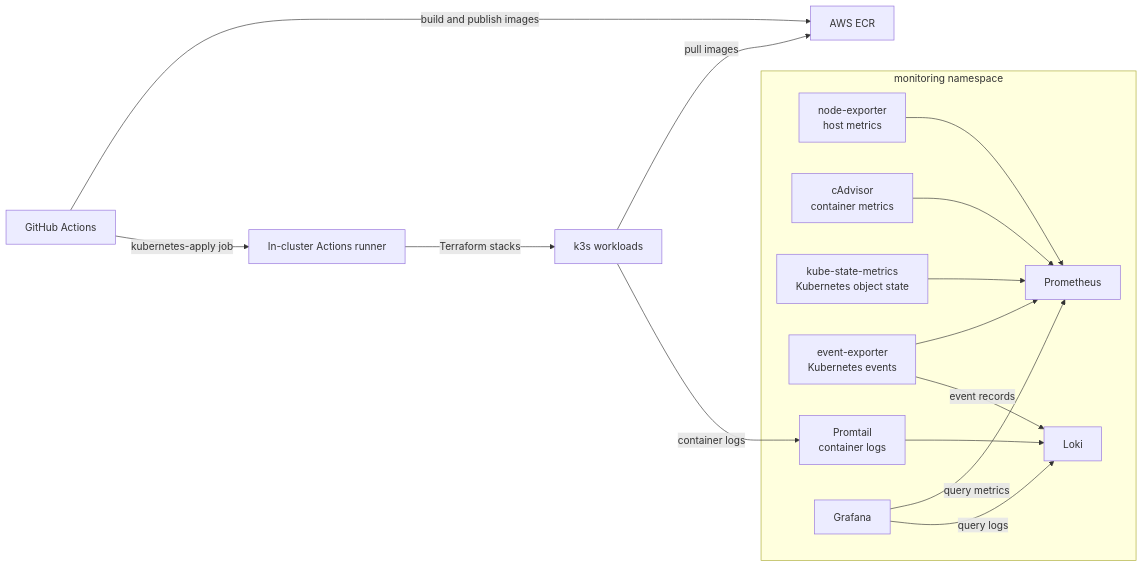
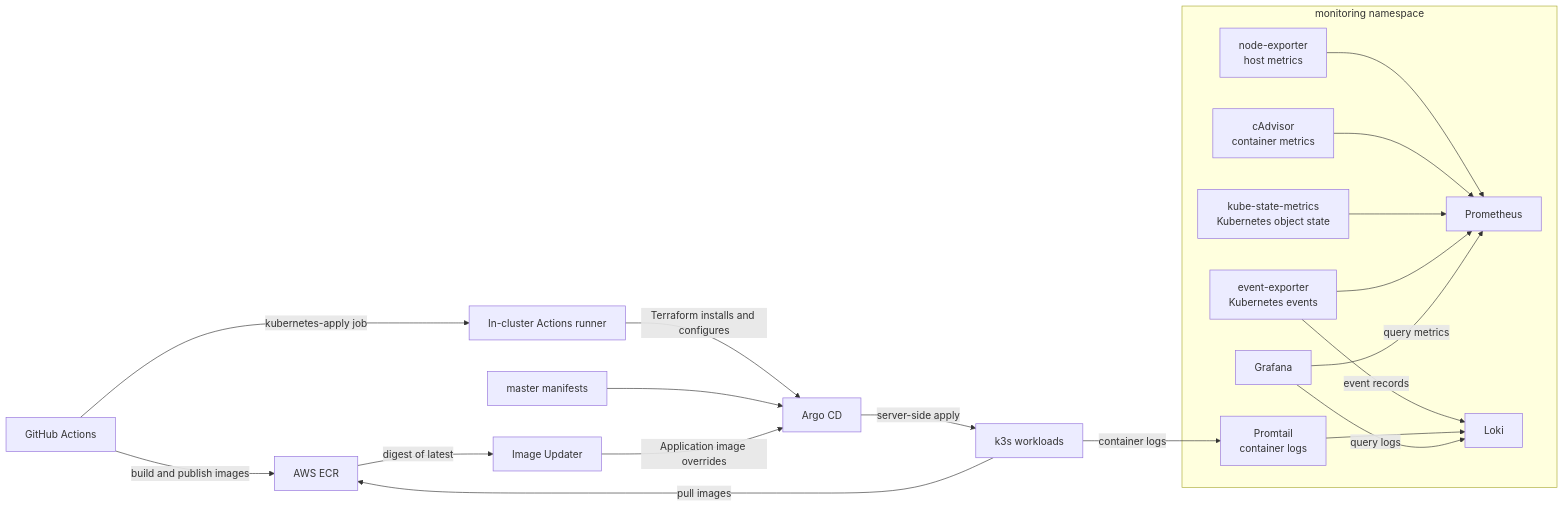
Before and after one commit to PierreStephaneVoltaire/ai-powerlifting: the sixth of 13 diagrams in docs/ARCHITECTURE.md, drawn with Mermaid. The commit also changed other lines of this file and 114 other files, not shown here.

````diff
--- a/docs/ARCHITECTURE.md
+++ b/docs/ARCHITECTURE.md
@@ -324,24 +353,28 @@
 ```mermaid
 flowchart LR
   subgraph Monitoring["monitoring namespace"]
     Node["node-exporter<br/>host metrics"]
     Containers["cAdvisor<br/>container metrics"]
     Kube["kube-state-metrics<br/>Kubernetes object state"]
     Events["event-exporter<br/>Kubernetes events"]
     Prometheus["Prometheus"]
     Promtail["Promtail<br/>container logs"]
     Loki["Loki"]
     Grafana["Grafana"]
     Node & Containers & Kube & Events --> Prometheus
     Events -->|"event records"| Loki
     Promtail --> Loki
     Grafana -->|"query metrics"| Prometheus
     Grafana -->|"query logs"| Loki
   end
 
   CI["GitHub Actions"] -->|"build and publish images"| ECR["AWS ECR"]
   CI -->|"kubernetes-apply job"| Runner["In-cluster Actions runner"]
-  Runner -->|"Terraform stacks"| Workloads["k3s workloads"]
+  Runner -->|"Terraform installs and configures"| Argo["Argo CD"]
+  Master["master manifests"] --> Argo
+  ECR -->|"digest of latest"| Updater["Image Updater"]
+  Updater -->|"Application image overrides"| Argo
+  Argo -->|"server-side apply"| Workloads["k3s workloads"]
   Workloads -->|"pull images"| ECR
   Workloads -->|"container logs"| Promtail
 ```
````
